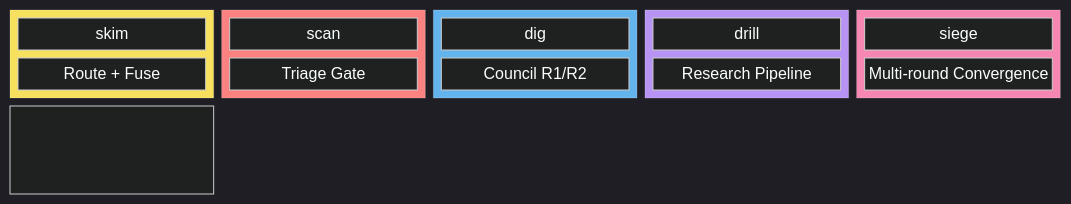
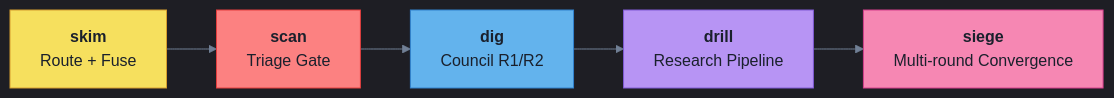
The first of 3 diagrams in README.md (adambkovacs/seine-agentic-search-orchestrator-plugin), drawn with Mermaid before and after one commit. The commit also changed 1 other file, not shown here.

Commit message:
fix: replace buggy block-beta Mermaid with graph LR, overhaul ARCHITECTURE.md
README:
- Replace block-beta diagram (caused empty ghost box) with graph LR
- Cleaner depth activation with bold labels and colored strokes

ARCHITECTURE.md:
- Complete rewrite with dark-theme-compatible colors throughout
- Added depth activation Mermaid diagram
- Added council hub-spoke Mermaid diagram
- Improved research pipeline with agent descriptions in nodes
- Color-coded artifact directory tree by pipeline stage
- Collapsed JSON schemas into accordions
- Added evidence vocabulary with composite score mapping

````diff
--- a/README.md
+++ b/README.md
@@ -87,38 +87,14 @@
 ```mermaid
-%%{init: {'theme': 'dark', 'themeVariables': {'primaryColor': '#2D3748', 'primaryTextColor': '#E2E8F0', 'primaryBorderColor': '#4A5568', 'lineColor': '#718096', 'secondaryColor': '#1A202C', 'tertiaryColor': '#2D3748', 'noteTextColor': '#E2E8F0', 'noteBkgColor': '#2D3748'}}}%%
-block-beta
-  columns 5
-  block:skim:1
-    columns 1
-    s1["skim"]
-    s2["Route + Fuse"]
-  end
-  block:scan:1
-    columns 1
-    t1["scan"]
-    t2["Triage Gate"]
-  end
-  block:dig:1
-    columns 1
-    d1["dig"]
-    d2["Council R1/R2"]
-  end
-  block:drill:1
-    columns 1
-    r1["drill"]
-    r2["Research Pipeline"]
-  end
-  block:siege:1
-    columns 1
-    g1["siege"]
-    g2["Multi-round Convergence"]
-  end
+%%{init: {'theme': 'dark', 'themeVariables': {'primaryColor': '#2D3748', 'primaryTextColor': '#E2E8F0', 'lineColor': '#718096'}}}%%
+graph LR
+  skim["<b>skim</b><br/>Route + Fuse"] --> scan["<b>scan</b><br/>Triage Gate"]
+  scan --> dig["<b>dig</b><br/>Council R1/R2"]
+  dig --> drill["<b>drill</b><br/>Research Pipeline"]
+  drill --> siege["<b>siege</b><br/>Multi-round Convergence"]
 
-  skim --> scan --> dig --> drill --> siege
-
-  style skim fill:#F6E05E,color:#1A202C
-  style scan fill:#FC8181,color:#1A202C
-  style dig fill:#63B3ED,color:#1A202C
-  style drill fill:#B794F4,color:#1A202C
-  style siege fill:#F687B3,color:#1A202C
+  style skim fill:#F6E05E,color:#1A202C,stroke:#D69E2E
+  style scan fill:#FC8181,color:#1A202C,stroke:#E53E3E
+  style dig fill:#63B3ED,color:#1A202C,stroke:#3182CE
+  style drill fill:#B794F4,color:#1A202C,stroke:#805AD5
+  style siege fill:#F687B3,color:#1A202C,stroke:#D53F8C
 ```
````
